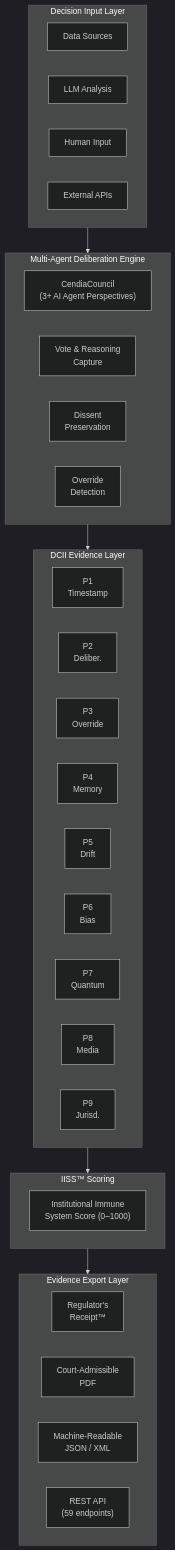
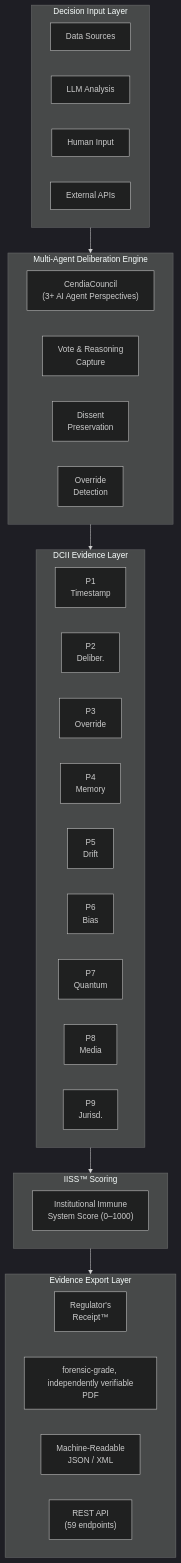
The seventh of 9 diagrams in DCII-Framework-White-Paper-2026-02-19.md (datacendia/datacendia-marketing), drawn with Mermaid (dark theme) before and after one commit. The commit also changed other lines of this file and 100 other files, not shown here.

Commit message:
fix: replace court-admissible across all marketing site files, translations, and documentation (211 replacements)

````diff
--- a/DCII-Framework-White-Paper-2026-02-19.md
+++ b/DCII-Framework-White-Paper-2026-02-19.md
@@ -692,42 +692,42 @@
 ```mermaid
 flowchart TB
     subgraph Input["Decision Input Layer"]
         DATA["Data Sources"]
         LLM["LLM Analysis"]
         HUMAN["Human Input"]
         API_IN["External APIs"]
     end
 
     subgraph Deliberation["Multi-Agent Deliberation Engine"]
         COUNCIL["CendiaCouncil\n(3+ AI Agent Perspectives)"]
         VOTE["Vote & Reasoning\nCapture"]
         DISSENT["Dissent\nPreservation"]
         OVERRIDE["Override\nDetection"]
     end
 
     subgraph DCII["DCII Evidence Layer"]
         direction LR
         P1_S["P1\nTimestamp"]
         P2_S["P2\nDeliber."]
         P3_S["P3\nOverride"]
         P4_S["P4\nMemory"]
         P5_S["P5\nDrift"]
         P6_S["P6\nBias"]
         P7_S["P7\nQuantum"]
         P8_S["P8\nMedia"]
         P9_S["P9\nJurisd."]
     end
 
     subgraph Score["IISS™ Scoring"]
         IISS["Institutional Immune\nSystem Score (0–1000)"]
     end
 
     subgraph Export["Evidence Export Layer"]
         RECEIPT["Regulator's\nReceipt™"]
-        PDF["Court-Admissible\nPDF"]
+        PDF["forensic-grade, independently verifiable\nPDF"]
         JSON_OUT["Machine-Readable\nJSON / XML"]
         API_OUT["REST API\n(59 endpoints)"]
     end
 
     Input --> Deliberation --> DCII --> Score --> Export
 ```
````
